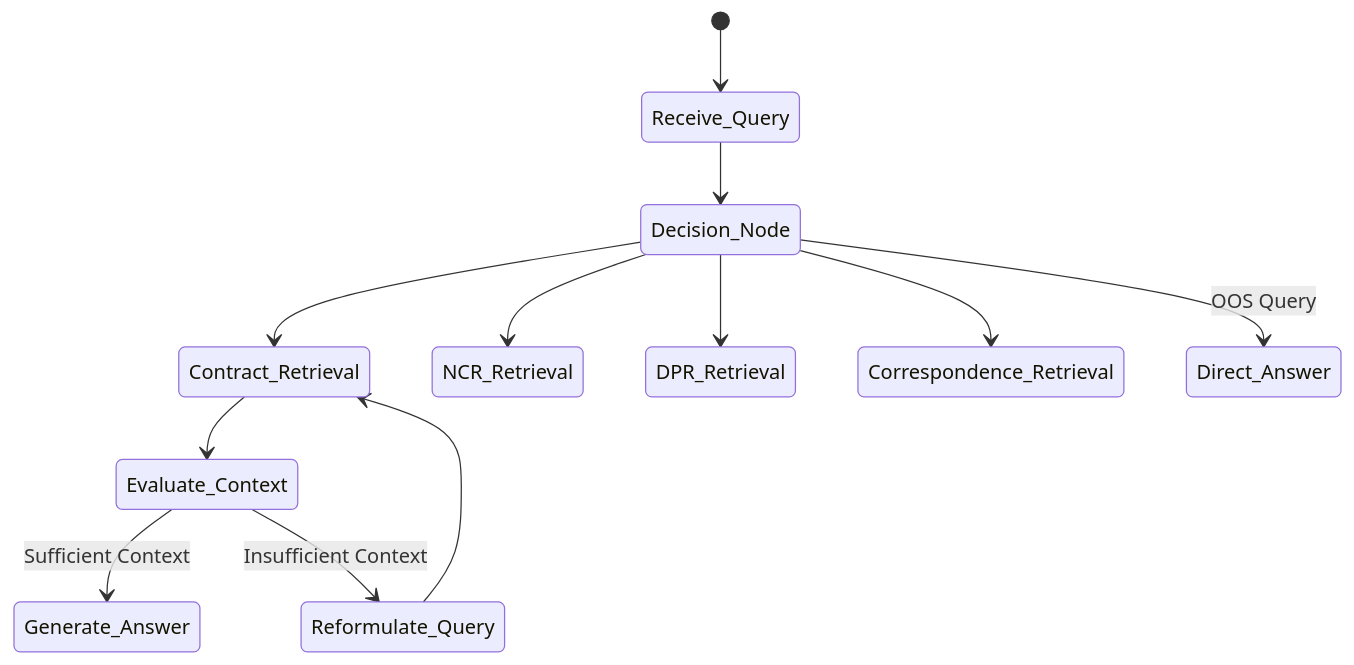
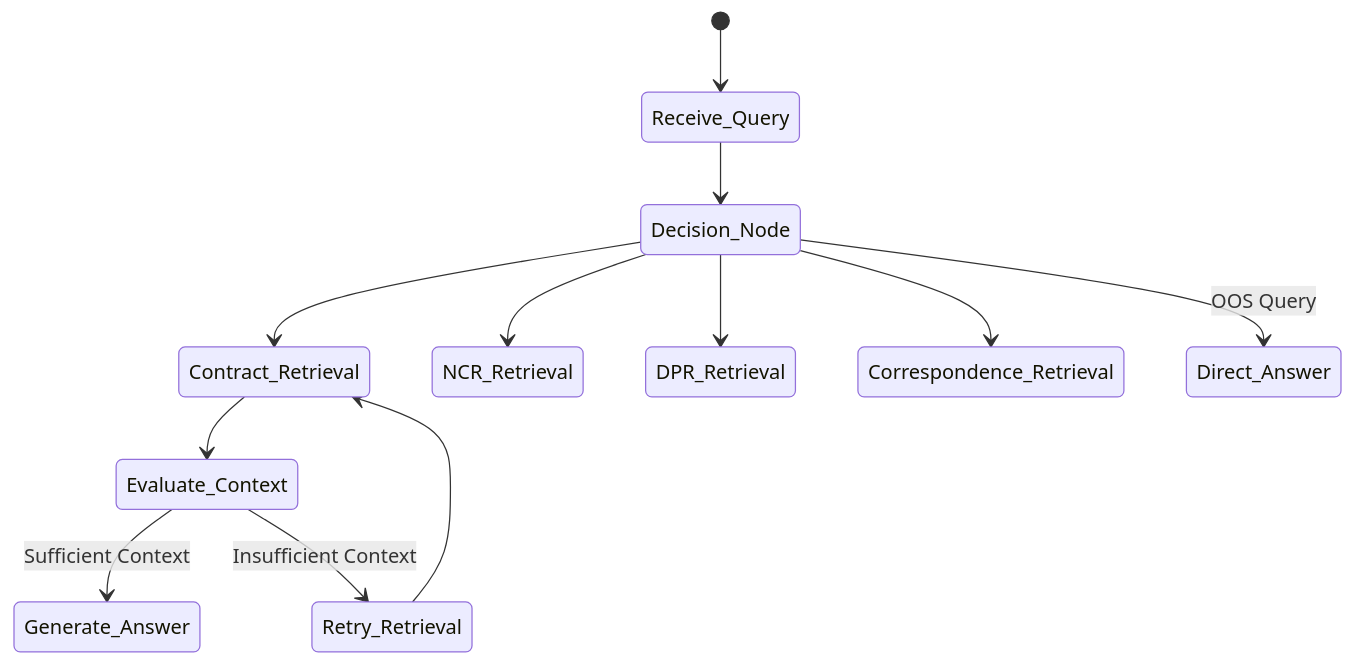
Before and after one commit to balacsegprec/aipms-rag-bootcamp: the fourth of 4 diagrams in docs/docs_for_planning/Deliverables_Guide_Nishitha_FINAL.md, drawn with Mermaid. The commit also changed other lines of this file and 3 other files, not shown here.

````diff
--- a/docs/docs_for_planning/Deliverables_Guide_Nishitha_FINAL.md
+++ b/docs/docs_for_planning/Deliverables_Guide_Nishitha_FINAL.md
@@ -886,15 +884,15 @@
 ```mermaid
 stateDiagram-v2
     [*] --> Receive_Query
     Receive_Query --> Decision_Node
     Decision_Node --> Contract_Retrieval
     Decision_Node --> NCR_Retrieval
     Decision_Node --> DPR_Retrieval
     Decision_Node --> Correspondence_Retrieval
     Decision_Node --> Direct_Answer: OOS Query
 
     Contract_Retrieval --> Evaluate_Context
     Evaluate_Context --> Generate_Answer: Sufficient Context
-    Evaluate_Context --> Reformulate_Query: Insufficient Context
-    Reformulate_Query --> Contract_Retrieval
+    Evaluate_Context --> Retry_Retrieval: Insufficient Context
+    Retry_Retrieval --> Contract_Retrieval
 ```
````
